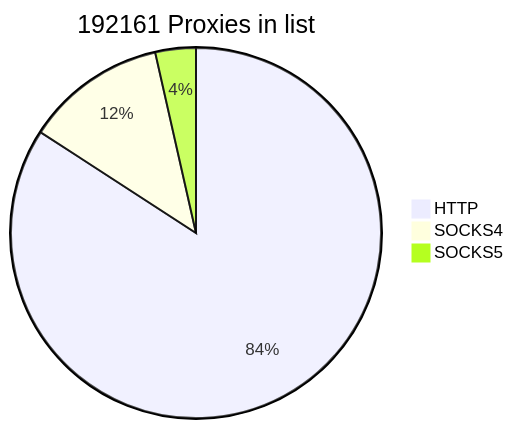
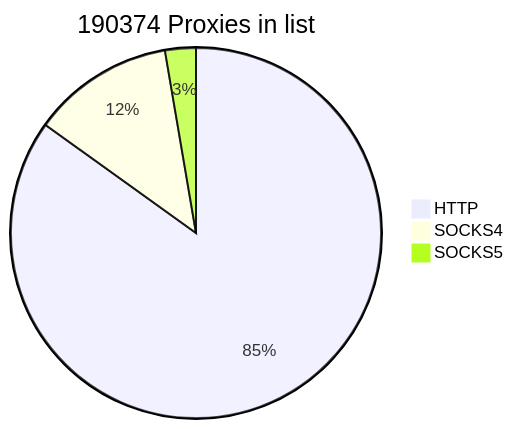
Before and after one commit to cutipu/proxylist: the first of 2 diagrams in README.md, drawn with Mermaid. The commit also changed other lines of this file, not shown here.

````diff
--- a/README.md
+++ b/README.md
@@ -2,7 +2,7 @@
 ```mermaid
-pie title 192161 Proxies in list
-    "HTTP" : 161718
-    "SOCKS4" : 23641
-    "SOCKS5" : 6802
+pie title 190374 Proxies in list
+    "HTTP" : 161639
+    "SOCKS4" : 23616
+    "SOCKS5" : 5119
             
 ```
````
